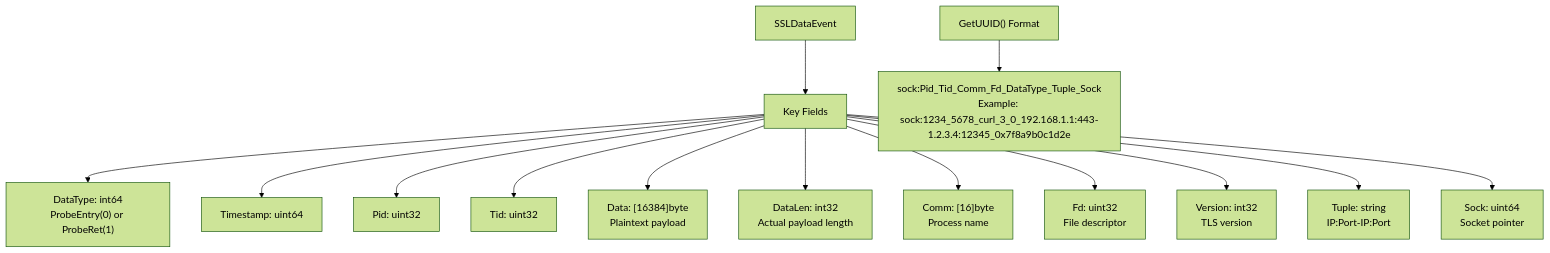
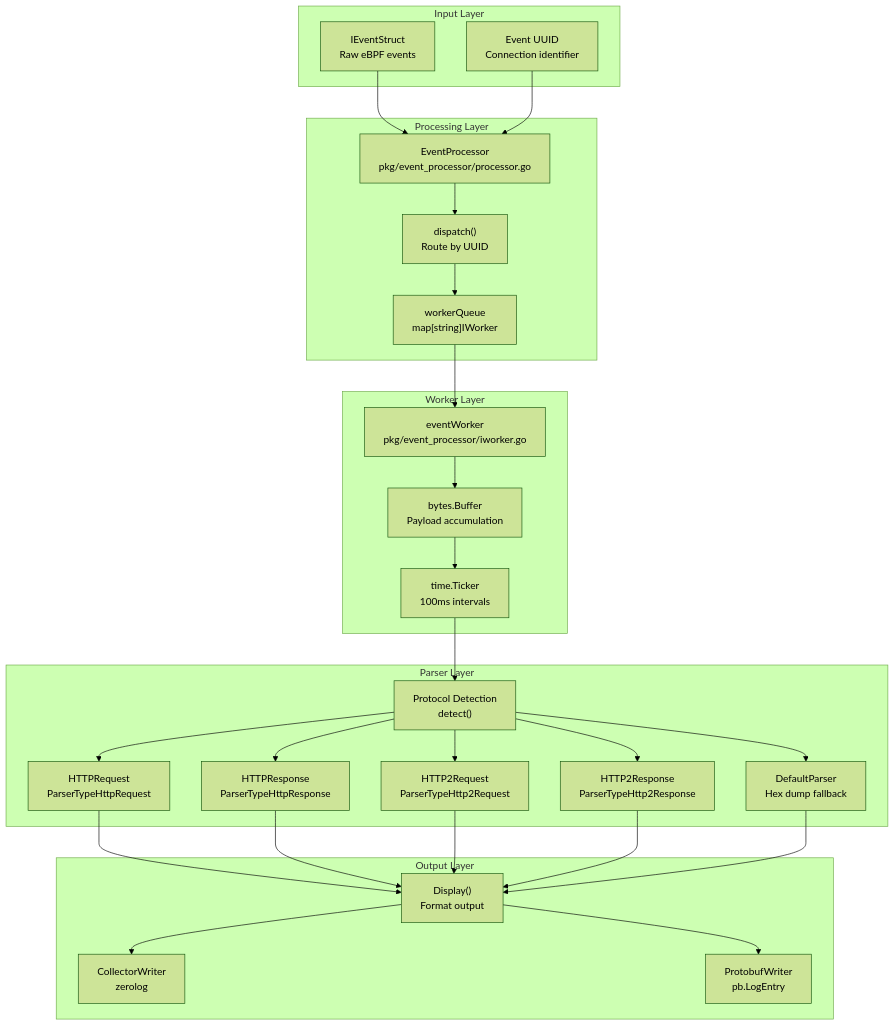
One commit to gojue/ecapture.cc changed the first of 7 diagrams in src/en/5-development-guide/5.4-event-processing-and-parsers.md. Above: the diagram before and after it, drawn with Mermaid (forest theme). The commit also changed other lines of this file and 115 other files, not shown here.

````diff
--- a/src/en/5-development-guide/5.4-event-processing-and-parsers.md
+++ b/src/en/5-development-guide/5.4-event-processing-and-parsers.md
@@ -153,20 +29,59 @@
 ```mermaid
 graph TB
-    SSLDataEvent["SSLDataEvent"]
+    subgraph "Input Layer"
+        EVENT["IEventStruct<br/>Raw eBPF events"]
+        UUID["Event UUID<br/>Connection identifier"]
+    end
     
-    SSLDataEvent --> Fields["Key Fields"]
-    Fields --> DataType["DataType: int64<br/>ProbeEntry(0) or ProbeRet(1)"]
-    Fields --> Timestamp["Timestamp: uint64"]
-    Fields --> Pid["Pid: uint32"]
-    Fields --> Tid["Tid: uint32"]
-    Fields --> Data["Data: [16384]byte<br/>Plaintext payload"]
-    Fields --> DataLen["DataLen: int32<br/>Actual payload length"]
-    Fields --> Comm["Comm: [16]byte<br/>Process name"]
-    Fields --> Fd["Fd: uint32<br/>File descriptor"]
-    Fields --> Version["Version: int32<br/>TLS version"]
-    Fields --> Tuple["Tuple: string<br/>IP:Port-IP:Port"]
-    Fields --> Sock["Sock: uint64<br/>Socket pointer"]
+    subgraph "Processing Layer"
+        EP["EventProcessor<br/>pkg/event_processor/processor.go"]
+        DISPATCH["dispatch()<br/>Route by UUID"]
+        QUEUE["workerQueue<br/>map[string]IWorker"]
+    end
     
-    UUID["GetUUID() Format"]
-    UUID --> UUIDFormat["sock:Pid_Tid_Comm_Fd_DataType_Tuple_Sock<br/>Example: sock:1234_5678_curl_3_0_192.168.1.1:443-1.2.3.4:12345_0x7f8a9b0c1d2e"]
+    subgraph "Worker Layer"
+        EW["eventWorker<br/>pkg/event_processor/iworker.go"]
+        BUFFER["bytes.Buffer<br/>Payload accumulation"]
+        TICKER["time.Ticker<br/>100ms intervals"]
+    end
+    
+    subgraph "Parser Layer"
+        DETECT["Protocol Detection<br/>detect()"]
+        HTTP_REQ["HTTPRequest<br/>ParserTypeHttpRequest"]
+        HTTP_RES["HTTPResponse<br/>ParserTypeHttpResponse"]
+        HTTP2_REQ["HTTP2Request<br/>ParserTypeHttp2Request"]
+        HTTP2_RES["HTTP2Response<br/>ParserTypeHttp2Response"]
+        DEFAULT["DefaultParser<br/>Hex dump fallback"]
+    end
+    
+    subgraph "Output Layer"
+        DISPLAY["Display()<br/>Format output"]
+        COLLECTOR["CollectorWriter<br/>zerolog"]
+        PROTOBUF["ProtobufWriter<br/>pb.LogEntry"]
+    end
+    
+    EVENT --> EP
+    UUID --> EP
+    EP --> DISPATCH
+    DISPATCH --> QUEUE
+    QUEUE --> EW
+    
+    EW --> BUFFER
+    BUFFER --> TICKER
+    TICKER --> DETECT
+    
+    DETECT --> HTTP_REQ
+    DETECT --> HTTP_RES
+    DETECT --> HTTP2_REQ
+    DETECT --> HTTP2_RES
+    DETECT --> DEFAULT
+    
+    HTTP_REQ --> DISPLAY
+    HTTP_RES --> DISPLAY
+    HTTP2_REQ --> DISPLAY
+    HTTP2_RES --> DISPLAY
+    DEFAULT --> DISPLAY
+    
+    DISPLAY --> COLLECTOR
+    DISPLAY --> PROTOBUF
 ```
````
